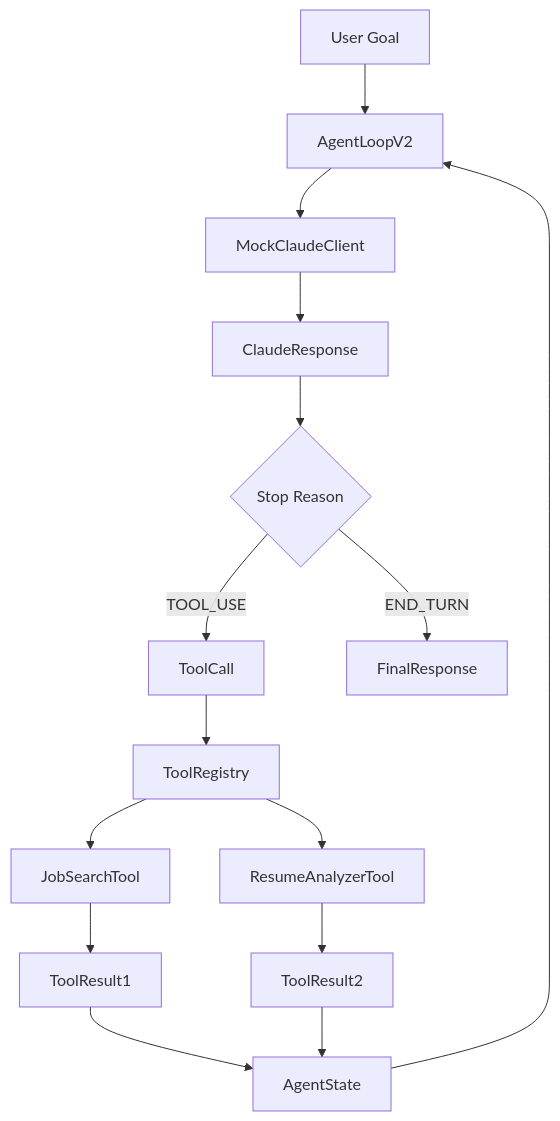
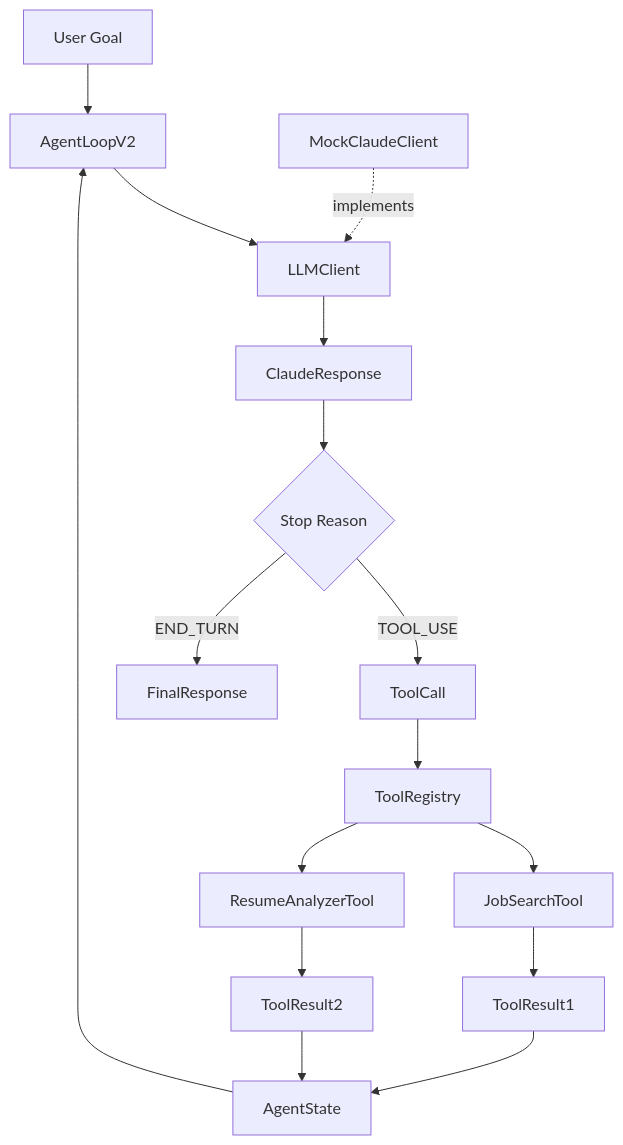
One commit to YashzAlphaGeek/agent-engineering-lab changed the first of 3 diagrams in catalyst-java/Catalyst_Phase2_Claude_Tool_Loop.md. Above: the diagram before and after it, drawn with Mermaid. The commit also changed other lines of this file and 1 other file, not shown here.

````diff
--- a/catalyst-java/Catalyst_Phase2_Claude_Tool_Loop.md
+++ b/catalyst-java/Catalyst_Phase2_Claude_Tool_Loop.md
@@ -31,33 +32,35 @@
 ```mermaid
 flowchart TD
 
     Goal[User Goal]
 
     Goal --> AgentLoopV2
 
-    AgentLoopV2 --> MockClaudeClient
+    AgentLoopV2 --> LLMClient
 
-    MockClaudeClient --> Response[ClaudeResponse]
+    MockClaudeClient -.implements.-> LLMClient
+
+    LLMClient --> Response[ClaudeResponse]
 
     Response --> Decision{Stop Reason}
 
     Decision -->|TOOL_USE| ToolCall
 
     ToolCall --> ToolRegistry
 
     ToolRegistry --> JobSearchTool
 
     ToolRegistry --> ResumeAnalyzerTool
 
     JobSearchTool --> ToolResult1
 
     ResumeAnalyzerTool --> ToolResult2
 
     ToolResult1 --> AgentState
 
     ToolResult2 --> AgentState
 
     AgentState --> AgentLoopV2
 
     Decision -->|END_TURN| FinalResponse
 ```
````
